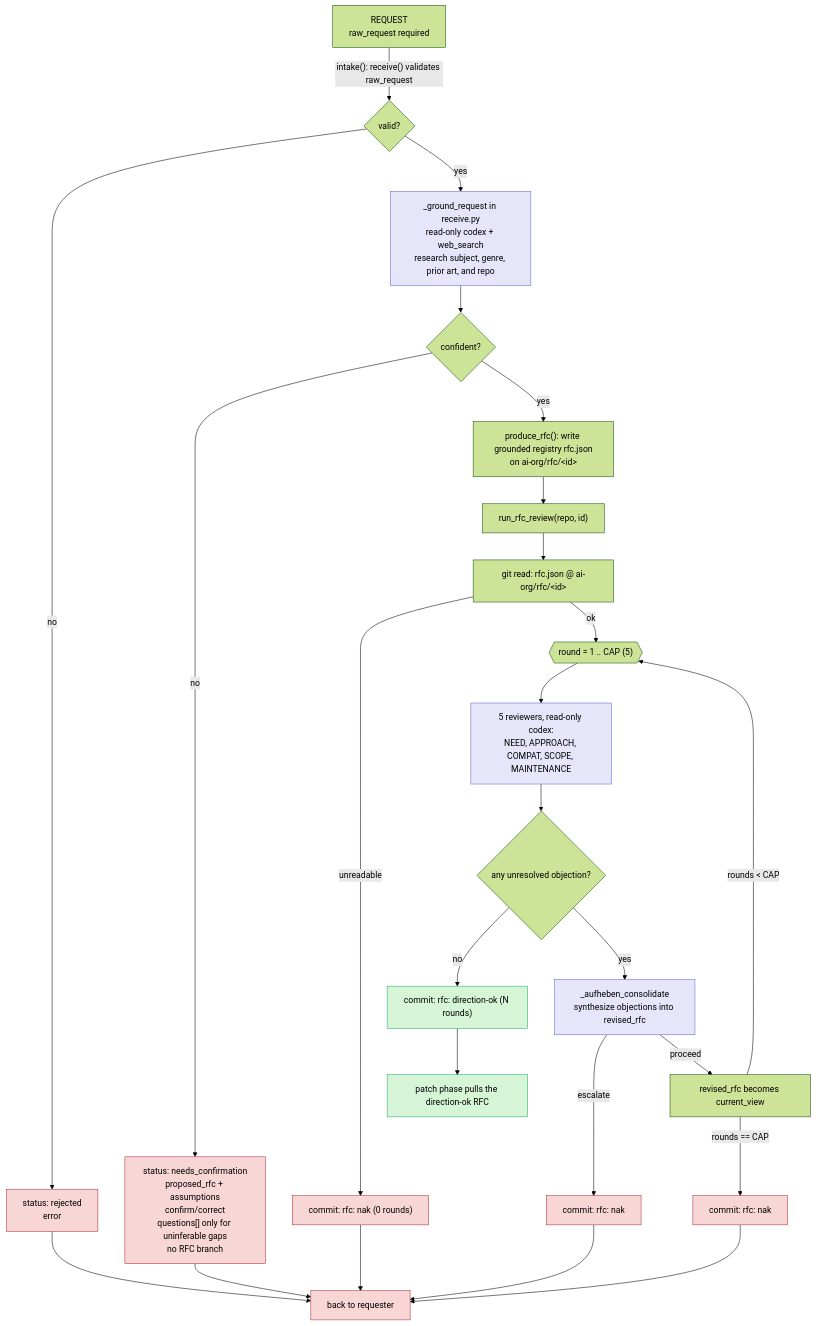
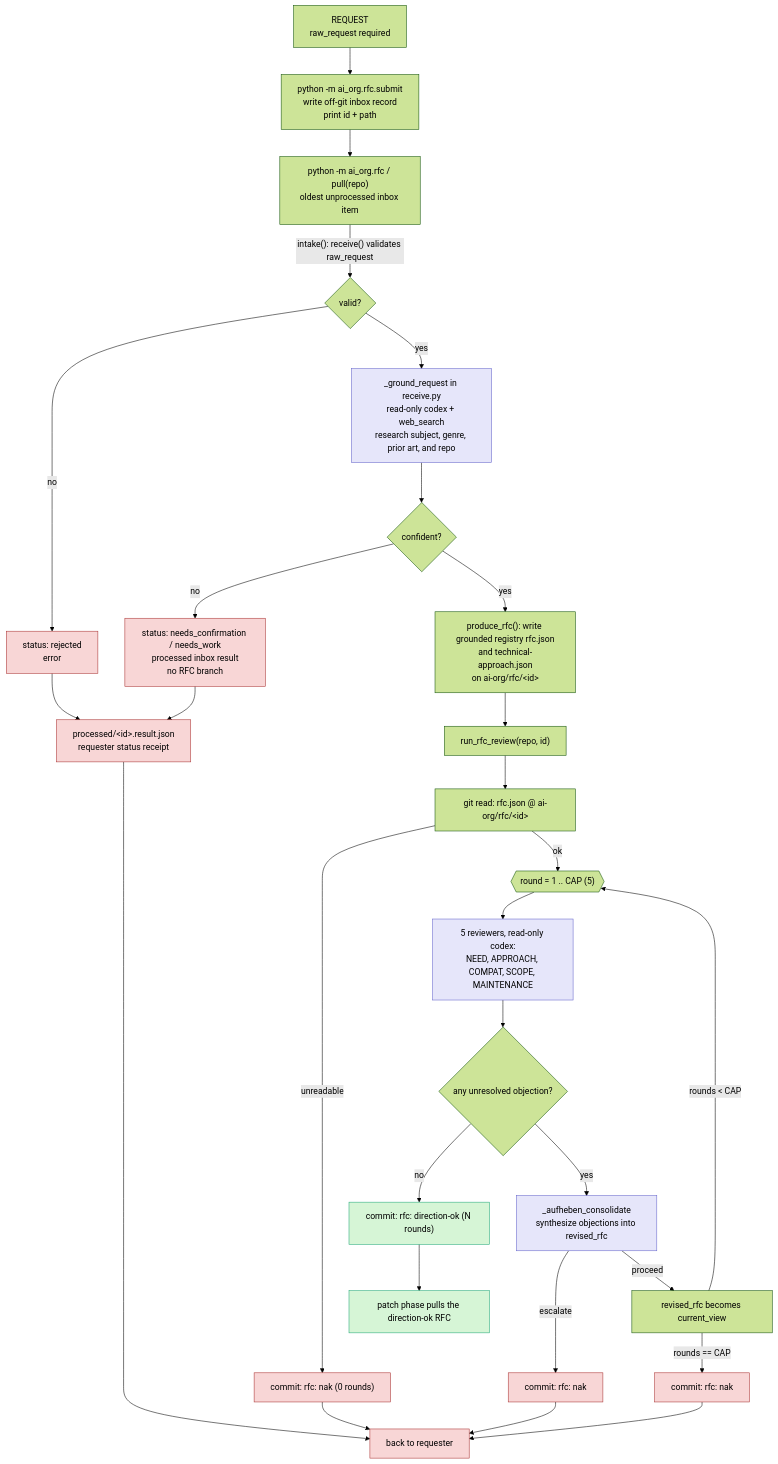
Before and after one commit to mishima-computing/ai-org-bootstrap-codex: the diagram in docs/rfc-flow.md, drawn with Mermaid (forest theme). The commit also changed other lines of this file and 6 other files, not shown here.

````diff
--- a/docs/rfc-flow.md
+++ b/docs/rfc-flow.md
@@ -8,37 +9,40 @@
 ```mermaid
 flowchart TD
   REQ["REQUEST<br/>raw_request required"]
-  REQ -->|"intake(): receive() validates raw_request"| V{valid?}
+  REQ --> SUBMIT["python -m ai_org.rfc.submit<br/>write off-git inbox record<br/>print id + path"]
+  SUBMIT --> PULL["python -m ai_org.rfc / pull(repo)<br/>oldest unprocessed inbox item"]
+  PULL -->|"intake(): receive() validates raw_request"| V{valid?}
   V -->|no| REJ["status: rejected<br/>error"]
   V -->|yes| GROUND["_ground_request in receive.py<br/>read-only codex + web_search<br/>research subject, genre, prior art, and repo"]
   GROUND --> S{confident?}
-  S -->|no| CONFIRM["status: needs_confirmation<br/>proposed_rfc + assumptions<br/>confirm/correct<br/>questions[] only for uninferable gaps<br/>no RFC branch"]
-  S -->|yes| PROD["produce_rfc(): write grounded registry rfc.json<br/>on ai-org/rfc/&lt;id&gt;"]
+  S -->|no| CONFIRM["status: needs_confirmation / needs_work<br/>processed inbox result<br/>no RFC branch"]
+  S -->|yes| PROD["produce_rfc(): write grounded registry rfc.json<br/>and technical-approach.json<br/>on ai-org/rfc/&lt;id&gt;"]
 
   PROD --> RUN["run_rfc_review(repo, id)"]
   RUN --> READ["git read: rfc.json @ ai-org/rfc/&lt;id&gt;"]
   READ -->|unreadable| NAK0["commit: rfc: nak (0 rounds)"]
   READ -->|ok| LOOP{{"round = 1 .. CAP (5)"}}
   LOOP --> REV["5 reviewers, read-only codex:<br/>NEED, APPROACH, COMPAT, SCOPE, MAINTENANCE"]
   REV --> Q{any unresolved objection?}
   Q -->|no| DOK["commit: rfc: direction-ok (N rounds)"]
   Q -->|yes| AUF["_aufheben_consolidate<br/>synthesize objections into revised_rfc"]
   AUF -->|escalate| NAK1["commit: rfc: nak"]
   AUF -->|proceed| REVISE["revised_rfc becomes current_view"]
   REVISE -->|"rounds < CAP"| LOOP
   REVISE -->|"rounds == CAP"| NAK2["commit: rfc: nak"]
 
   DOK --> NEXT["patch phase pulls the direction-ok RFC"]
-  REJ --> BACK["back to requester"]
-  CONFIRM --> BACK
+  REJ --> INBOXRESULT["processed/&lt;id&gt;.result.json<br/>requester status receipt"]
+  CONFIRM --> INBOXRESULT
   NAK0 --> BACK
   NAK1 --> BACK
   NAK2 --> BACK
+  INBOXRESULT --> BACK["back to requester"]
 
   classDef ok fill:#d6f5d6,stroke:#2a7;
   classDef bad fill:#f8d6d6,stroke:#a33;
   classDef codex fill:#e6e6fa,stroke:#66c;
   class DOK,NEXT ok;
-  class REJ,CONFIRM,NAK0,NAK1,NAK2,BACK bad;
+  class REJ,CONFIRM,NAK0,NAK1,NAK2,BACK,INBOXRESULT bad;
   class GROUND,REV,AUF codex;
 ```
````
